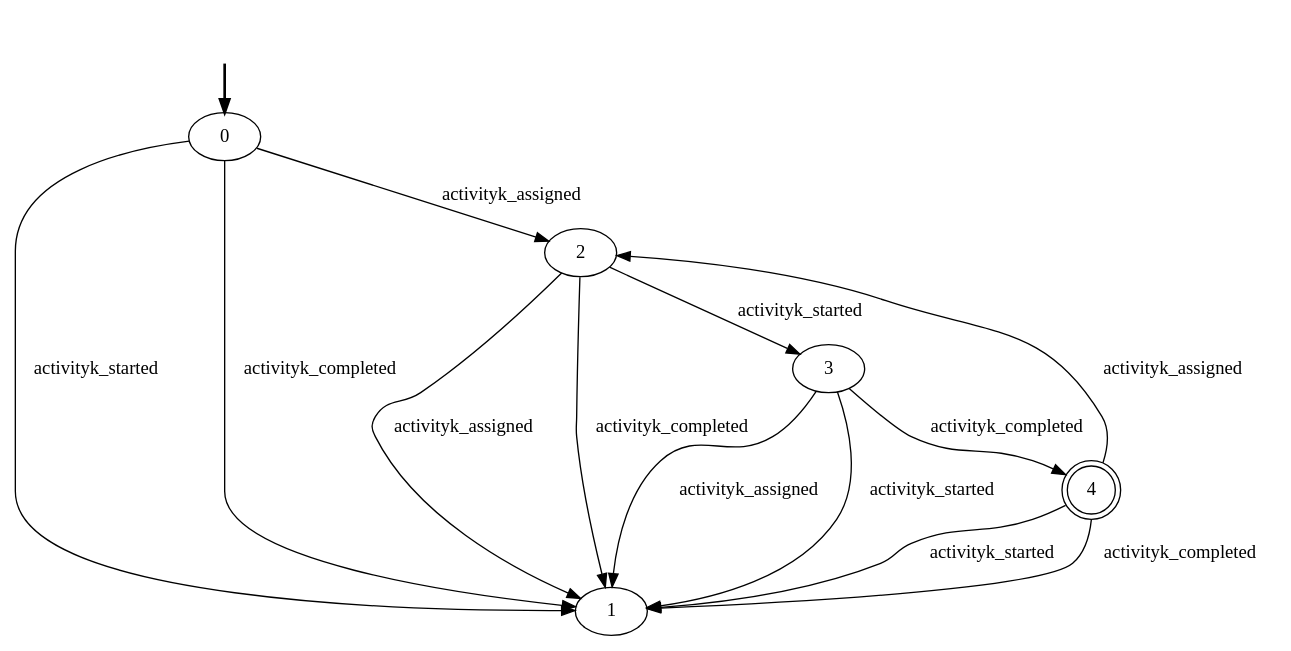
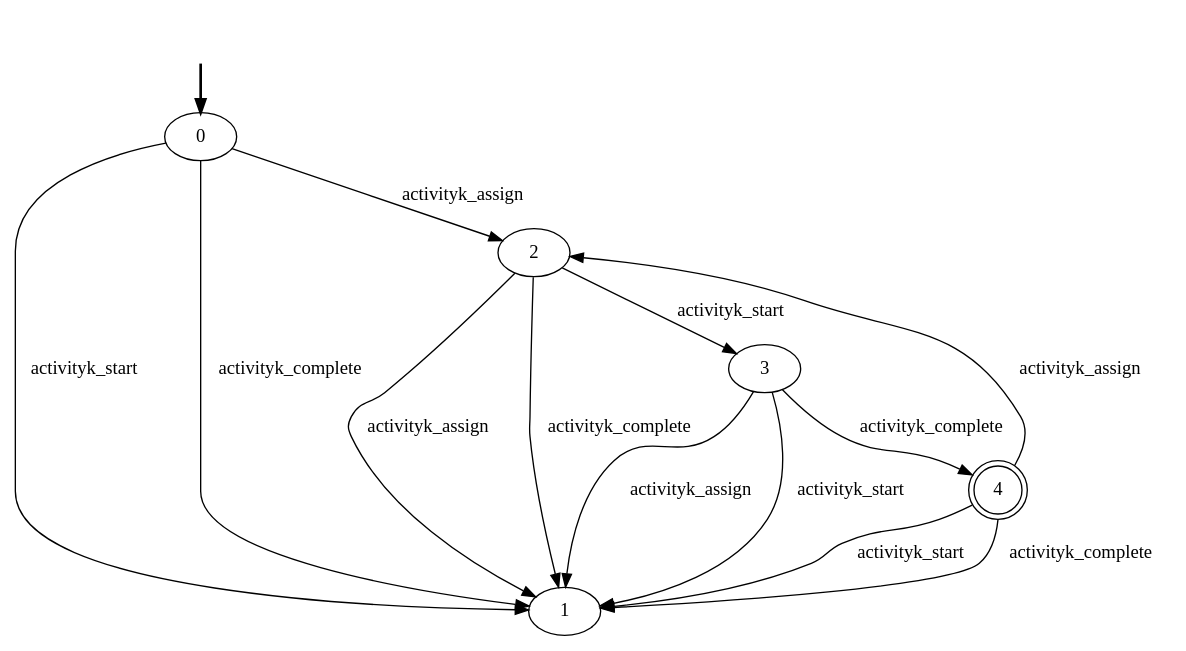
Before and after one commit to GianmarcoBordin/pddlTranslator: the diagram in Plan-based_Data_Aware_Declarative_Conf_Checker/resources/declarative-models/Data-Aware/5-CONSTRAINTS/activityk_lifecycle.dot, drawn with Graphviz. The commit also changed 87 other files, not shown here.

```diff
--- a/Plan-based_Data_Aware_Declarative_Conf_Checker/resources/declarative-models/Data-Aware/5-CONSTRAINTS/activityk_lifecycle.dot
+++ b/Plan-based_Data_Aware_Declarative_Conf_Checker/resources/declarative-models/Data-Aware/5-CONSTRAINTS/activityk_lifecycle.dot
@@ -1,21 +1,21 @@
 digraph {
 		fake0 [style=invisible]
 		0 [root=true]
 		1
 		2
 		3
 		4 [shape=doublecircle]
 		fake0 -> 0 [style=bold]
-		2 -> 1 [label=activityk_assigned]
-		2 -> 3 [label=activityk_started]
-		2 -> 1 [label=activityk_completed]
-		3 -> 1 [label=activityk_assigned]
-		3 -> 1 [label=activityk_started]
-		3 -> 4 [label=activityk_completed]
-		4 -> 2 [label=activityk_assigned]
-		4 -> 1 [label=activityk_started]
-		4 -> 1 [label=activityk_completed]
-		0 -> 2 [label=activityk_assigned]
-		0 -> 1 [label=activityk_started]
-		0 -> 1 [label=activityk_completed]
+		2 -> 1 [label=activityk_assign]
+		2 -> 3 [label=activityk_start]
+		2 -> 1 [label=activityk_complete]
+		3 -> 1 [label=activityk_assign]
+		3 -> 1 [label=activityk_start]
+		3 -> 4 [label=activityk_complete]
+		4 -> 2 [label=activityk_assign]
+		4 -> 1 [label=activityk_start]
+		4 -> 1 [label=activityk_complete]
+		0 -> 2 [label=activityk_assign]
+		0 -> 1 [label=activityk_start]
+		0 -> 1 [label=activityk_complete]
 }
```
